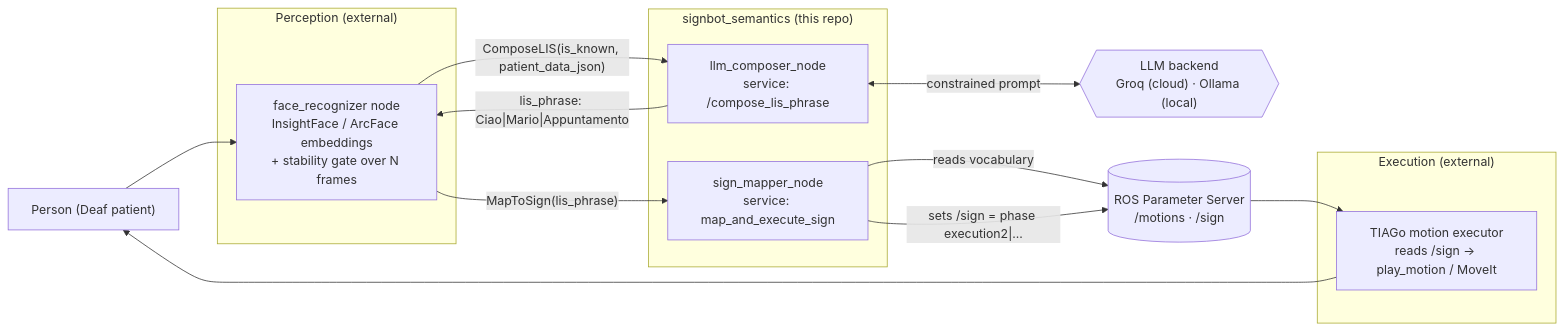
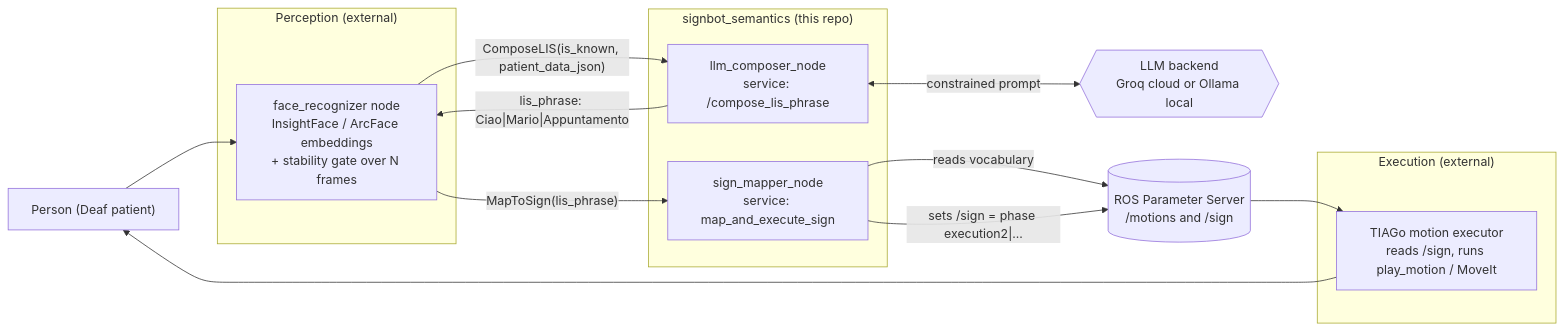
Before and after one commit to AndreaBaldiExe/defender_me: the diagram in README.md, drawn with Mermaid. The commit also changed other lines of this file, not shown here.

````diff
--- a/README.md
+++ b/README.md
@@ -62,30 +48,30 @@
 ```mermaid
 flowchart LR
     P["Person (Deaf patient)"]
 
     subgraph EXT1["Perception (external)"]
         FR["face_recognizer node<br/>InsightFace / ArcFace embeddings<br/>+ stability gate over N frames"]
     end
 
     subgraph THIS["signbot_semantics (this repo)"]
         COMP["llm_composer_node<br/>service: /compose_lis_phrase"]
         MAP["sign_mapper_node<br/>service: map_and_execute_sign"]
     end
 
-    LLM{{"LLM backend<br/>Groq (cloud) · Ollama (local)"}}
-    PARAM[("ROS Parameter Server<br/>/motions  ·  /sign")]
+    LLM{{"LLM backend<br/>Groq cloud or Ollama local"}}
+    PARAM[("ROS Parameter Server<br/>/motions and /sign")]
 
     subgraph EXT2["Execution (external)"]
-        EXEC["TIAGo motion executor<br/>reads /sign → play_motion / MoveIt"]
+        EXEC["TIAGo motion executor<br/>reads /sign, runs play_motion / MoveIt"]
     end
 
     P --> FR
     FR -- "ComposeLIS(is_known, patient_data_json)" --> COMP
     COMP <-- "constrained prompt" --> LLM
     COMP -- "lis_phrase: Ciao|Mario|Appuntamento" --> FR
     FR -- "MapToSign(lis_phrase)" --> MAP
     MAP -- "reads vocabulary" --> PARAM
     MAP -- "sets /sign = phase execution2|..." --> PARAM
     PARAM --> EXEC
     EXEC --> P
 ```
````
